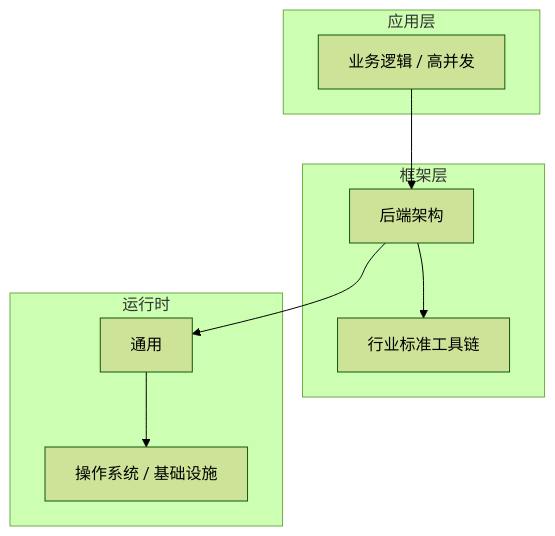
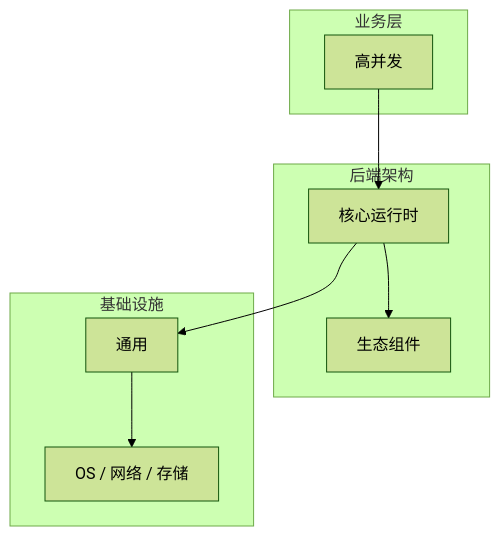
The diagram in articles/后端架构/chapters/093-高并发核心概念与原理.md (yanggan2015/knowledge-json-v2), drawn with Mermaid (forest theme) before and after one commit. The commit also changed other lines of this file and 10127 other files, not shown here.

````diff
--- a/articles/后端架构/chapters/093-高并发核心概念与原理.md
+++ b/articles/后端架构/chapters/093-高并发核心概念与原理.md
@@ -45,18 +34,18 @@
 ```mermaid
 graph TB
-    subgraph 应用层
-        A[业务逻辑 / 高并发]
+    subgraph 业务层
+        A[高并发]
     end
-    subgraph 框架层
-        B[后端架构]
-        C[行业标准工具链]
+    subgraph 后端架构
+        B[核心运行时]
+        C[生态组件]
     end
-    subgraph 运行时
+    subgraph 基础设施
         D[通用]
-        E[操作系统 / 基础设施]
+        E[OS / 网络 / 存储]
     end
     A --> B
     B --> C
     B --> D
     D --> E
 ```
````
